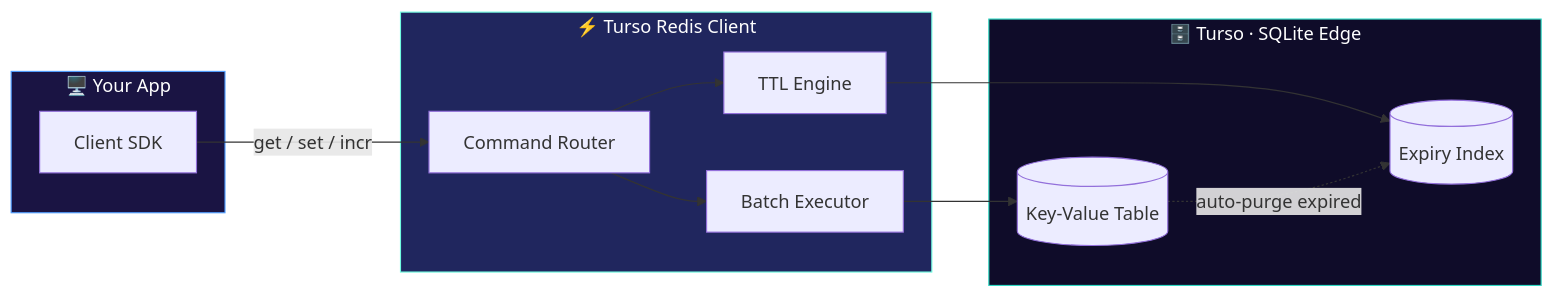
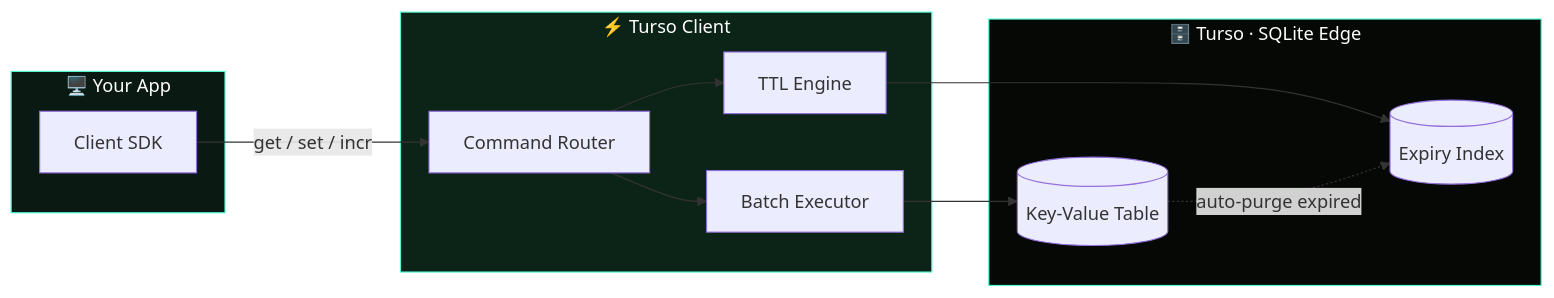
One commit to DivyaVaibhav01/tursoClient changed the diagram in readme.md. Above: the diagram before and after it, drawn with Mermaid. The commit also changed other lines of this file, not shown here.

````diff
--- a/readme.md
+++ b/readme.md
@@ -48,26 +48,26 @@
 ```mermaid
 flowchart LR
     subgraph App["🖥️ Your App"]
         A[Client SDK]
     end
-    subgraph Layer["⚡ Turso Redis Client"]
+    subgraph Layer["⚡ Turso Client"]
         B[Command Router]
         C[TTL Engine]
         D[Batch Executor]
     end
     subgraph Storage["🗄️ Turso · SQLite Edge"]
         E[(Key-Value Table)]
         F[(Expiry Index)]
     end
 
     A -->|get / set / incr| B
     B --> C
     B --> D
     C --> F
     D --> E
     E -.->|auto-purge expired| F
 
-    style App fill:#1a1443,color:#fff,stroke:#4f9dff
-    style Layer fill:#20265e,color:#fff,stroke:#6ffbe0
-    style Storage fill:#0f0c29,color:#fff,stroke:#2fd9c4
+    style App fill:#0a1a12,color:#fff,stroke:#4FF8D2
+    style Layer fill:#0c2418,color:#fff,stroke:#4FF8D2
+    style Storage fill:#050805,color:#fff,stroke:#4FF8D2
 ```
````
